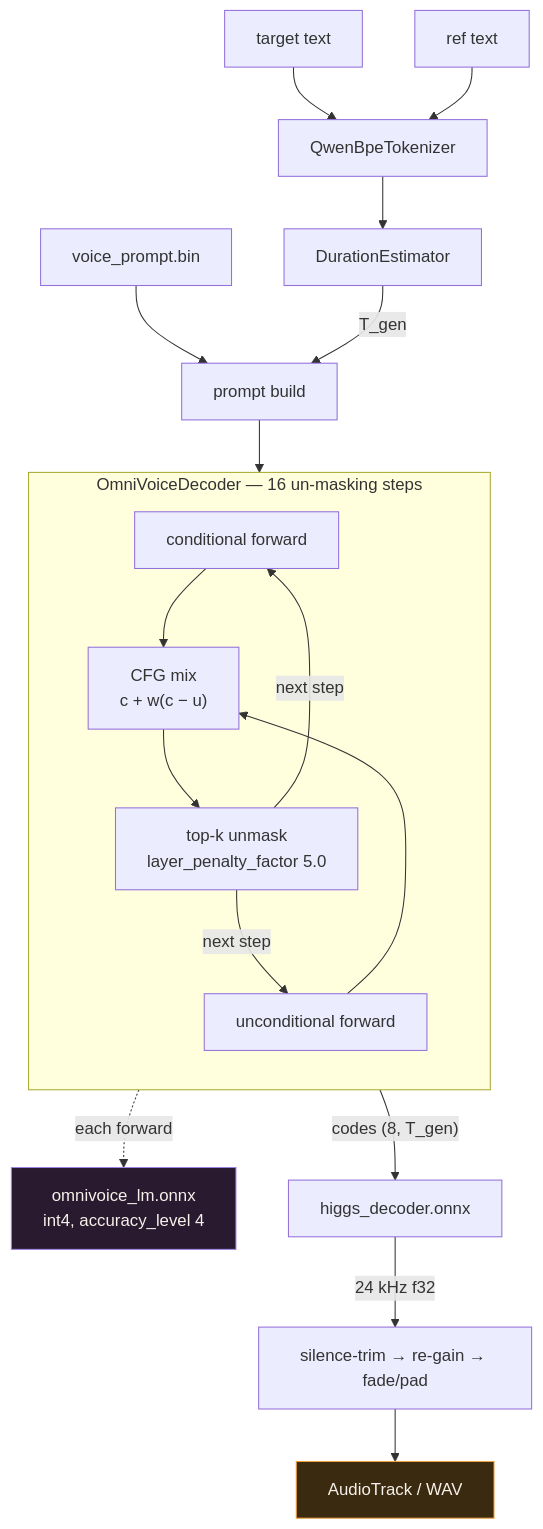
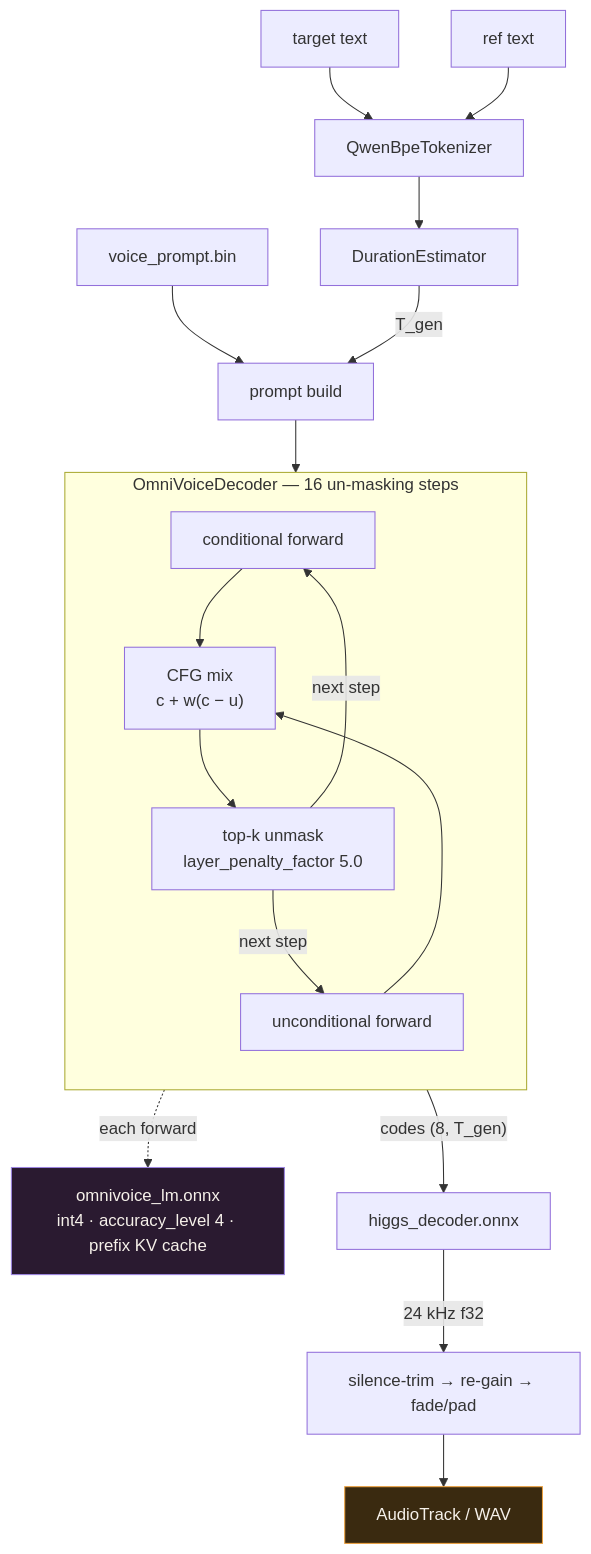
Before and after one commit to Gaebobman/VoxlVoxl: the second of 3 diagrams in docs/architecture.md, drawn with Mermaid. The commit also changed other lines of this file and 5 other files, not shown here.

````diff
--- a/docs/architecture.md
+++ b/docs/architecture.md
@@ -22,27 +22,27 @@
 ```mermaid
 flowchart TB
     TXT["target text"] --> TOK["QwenBpeTokenizer"]
     REF["ref text"] --> TOK
     VP["voice_prompt.bin"] --> PROMPT
     TOK --> DUR["DurationEstimator"]
     DUR -->|"T_gen"| PROMPT["prompt build"]
 
     PROMPT --> LOOP
 
     subgraph LOOP["OmniVoiceDecoder — 16 un-masking steps"]
         direction TB
         C["conditional forward"] --> CFG["CFG mix<br/>c + w(c − u)"]
         U["unconditional forward"] --> CFG
         CFG --> TOPK["top-k unmask<br/>layer_penalty_factor 5.0"]
         TOPK -->|"next step"| C
         TOPK -->|"next step"| U
     end
 
-    LOOP -.->|"each forward"| LM["omnivoice_lm.onnx<br/>int4, accuracy_level 4"]
+    LOOP -.->|"each forward"| LM["omnivoice_lm.onnx<br/>int4 · accuracy_level 4 · prefix KV cache"]
     LOOP -->|"codes (8, T_gen)"| DEC["higgs_decoder.onnx"]
     DEC -->|"24 kHz f32"| POST["silence-trim → re-gain → fade/pad"]
     POST --> OUT["AudioTrack / WAV"]
 
     style LM fill:#2a1a30,stroke:#9b84df,color:#f6f1ea
     style OUT fill:#3a2a10,stroke:#eda13f,color:#f6f1ea
 ```
````
